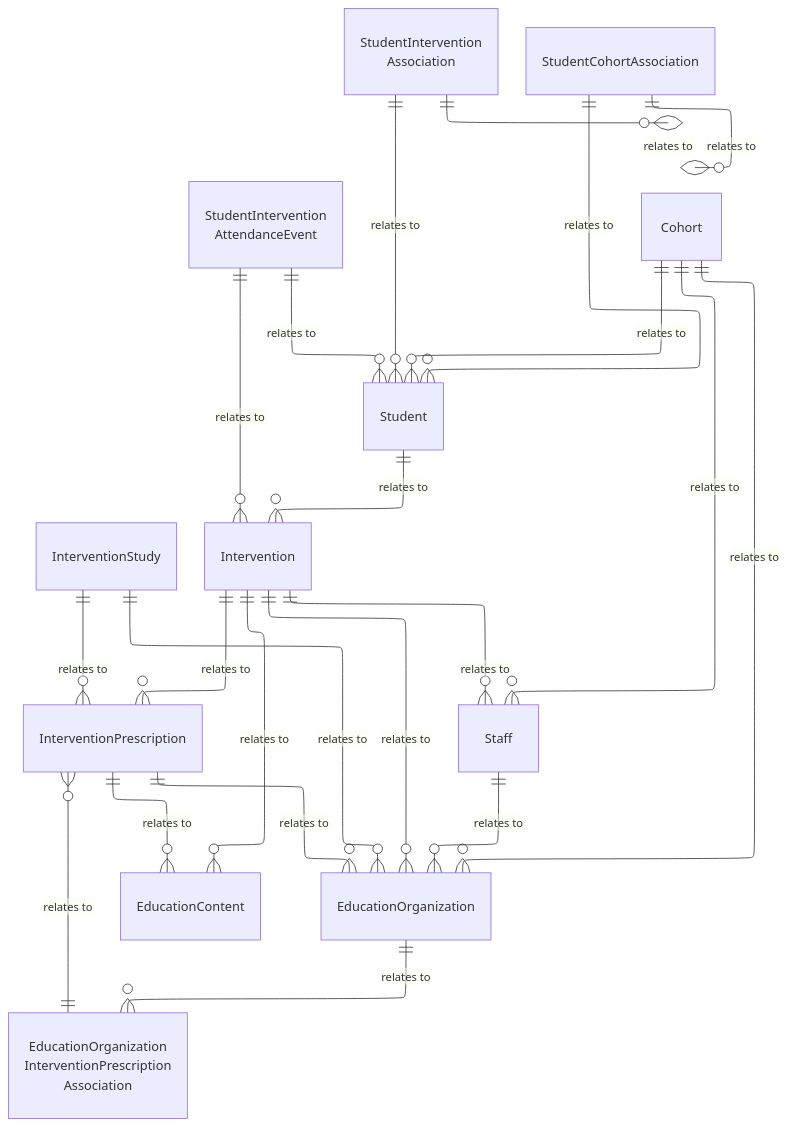
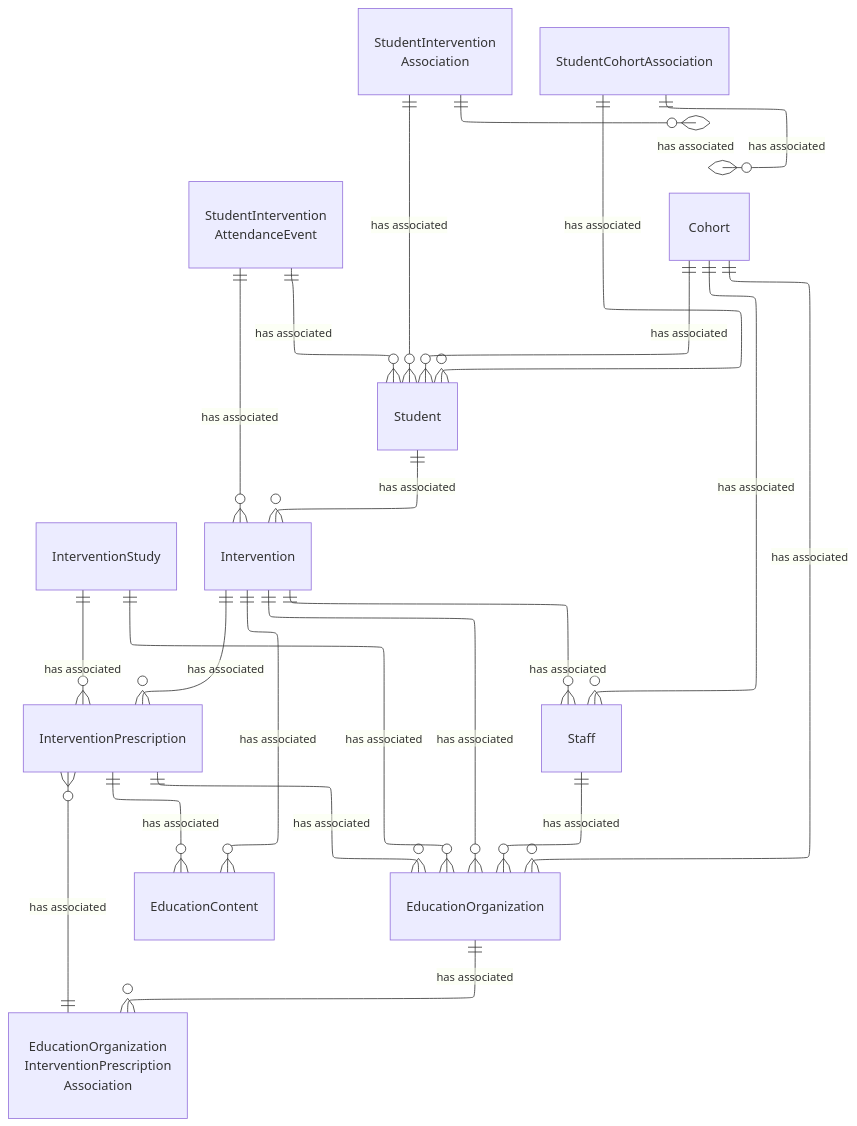
Before and after one commit to Ed-Fi-Alliance-OSS/ed-fi-alliance-oss.github.io: the diagram in dataStandard_versioned_docs/version-6/model-reference/intervention-domain/model-diagrams.md, drawn with Mermaid. The commit also changed 24 other files, not shown here.

````diff
--- a/dataStandard_versioned_docs/version-6/model-reference/intervention-domain/model-diagrams.md
+++ b/dataStandard_versioned_docs/version-6/model-reference/intervention-domain/model-diagrams.md
@@ -10,52 +10,52 @@
 ```mermaid
 ---
 config:
   layout: elk
 ---
 erDiagram
     InterventionStudy {
     }
     EducationContent {
     }
     InterventionPrescription {
     }
     Intervention {
     }
     EducationOrganizationInterventionPrescriptionAssociation["EducationOrganization<br/>InterventionPrescription<br/>Association"] {
     }
     StudentInterventionAssociation["StudentIntervention<br/>Association"] {
     }
     StudentInterventionAttendanceEvent["StudentIntervention<br/>AttendanceEvent"] {
     }
     StudentCohortAssociation {
     }
     Cohort {
     }
     Student {
     }
     EducationOrganization {
     }
     Staff {
     }
-    Intervention ||--o{ InterventionPrescription : "relates to"
-    Intervention ||--o{ EducationContent : "relates to"
-    Intervention ||--o{ EducationOrganization : "relates to"
-    Intervention ||--o{ Staff : "relates to"
-    InterventionPrescription ||--o{ EducationContent : "relates to"
-    InterventionPrescription ||--o{ EducationOrganization : "relates to"
-    InterventionStudy ||--o{ InterventionPrescription : "relates to"
-    InterventionStudy ||--o{ EducationOrganization : "relates to"
-    EducationOrganization ||--o{ EducationOrganizationInterventionPrescriptionAssociation : "relates to"
-    EducationOrganizationInterventionPrescriptionAssociation ||--o{ InterventionPrescription : "relates to"
-    Student ||--o{ Intervention : "relates to"
-    StudentInterventionAssociation ||--o{ Student : "relates to"
-    StudentInterventionAssociation ||--o{ Cohort : "relates to"
-    StudentInterventionAttendanceEvent ||--o{ Student : "relates to"
-    StudentInterventionAttendanceEvent ||--o{ Intervention : "relates to"
-    StudentCohortAssociation ||--o{ Student : "relates to"
-    StudentCohortAssociation ||--o{ Cohort : "relates to"
-    Cohort ||--o{ EducationOrganization : "relates to"
-    Cohort ||--o{ Student : "relates to"
-    Cohort ||--o{ Staff : "relates to"
-    Staff ||--o{ EducationOrganization : "relates to"
+    Intervention ||--o{ InterventionPrescription : "has associated"
+    Intervention ||--o{ EducationContent : "has associated"
+    Intervention ||--o{ EducationOrganization : "has associated"
+    Intervention ||--o{ Staff : "has associated"
+    InterventionPrescription ||--o{ EducationContent : "has associated"
+    InterventionPrescription ||--o{ EducationOrganization : "has associated"
+    InterventionStudy ||--o{ InterventionPrescription : "has associated"
+    InterventionStudy ||--o{ EducationOrganization : "has associated"
+    EducationOrganization ||--o{ EducationOrganizationInterventionPrescriptionAssociation : "has associated"
+    EducationOrganizationInterventionPrescriptionAssociation ||--o{ InterventionPrescription : "has associated"
+    Student ||--o{ Intervention : "has associated"
+    StudentInterventionAssociation ||--o{ Student : "has associated"
+    StudentInterventionAssociation ||--o{ Cohort : "has associated"
+    StudentInterventionAttendanceEvent ||--o{ Student : "has associated"
+    StudentInterventionAttendanceEvent ||--o{ Intervention : "has associated"
+    StudentCohortAssociation ||--o{ Student : "has associated"
+    StudentCohortAssociation ||--o{ Cohort : "has associated"
+    Cohort ||--o{ EducationOrganization : "has associated"
+    Cohort ||--o{ Student : "has associated"
+    Cohort ||--o{ Staff : "has associated"
+    Staff ||--o{ EducationOrganization : "has associated"
 ```
````
